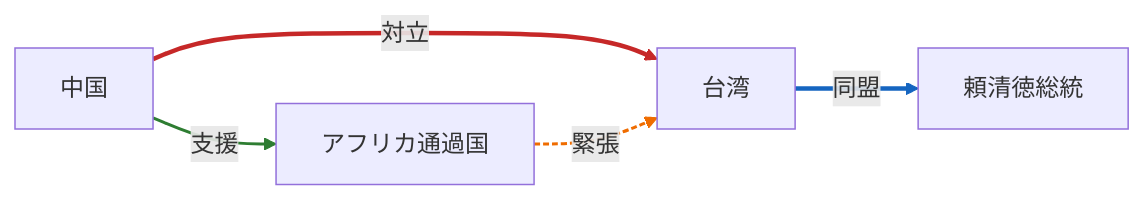
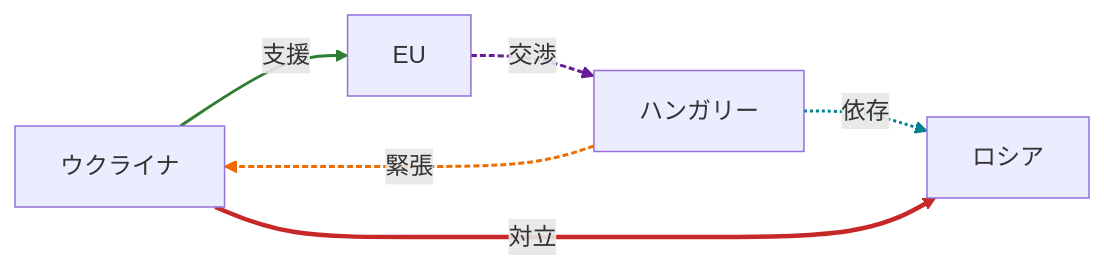
One commit to YUUUyutaro/tiseigaku changed diagram 14 of 20 in docs/reports/2026-04-23.md. Above: the diagram before and after it, drawn with Mermaid. The commit also changed other lines of this file and 3 other files, not shown here.

````diff
--- a/docs/reports/2026-04-23.md
+++ b/docs/reports/2026-04-23.md
@@ -282,15 +269,17 @@
 ```mermaid
 graph LR
-  N0["中国"]
-  N1["台湾"]
-  N2["頼清徳総統"]
-  N3["アフリカ通過国"]
-  N0 -->|対立| N1
-  N0 -->|支援| N3
-  N3 -->|緊張| N1
-  N1 -->|同盟| N2
-  linkStyle 0 stroke:#c62828,stroke-width:3px;
-  linkStyle 1 stroke:#2e7d32,stroke-width:2px;
+  N0["ウクライナ"]
+  N1["ハンガリー"]
+  N2["EU"]
+  N3["ロシア"]
+  N0 -->|支援| N2
+  N2 -->|交渉| N1
+  N1 -->|緊張| N0
+  N1 -->|依存| N3
+  N0 -->|対立| N3
+  linkStyle 0 stroke:#2e7d32,stroke-width:2px;
+  linkStyle 1 stroke:#6a1b9a,stroke-width:2px,stroke-dasharray:4 2;
   linkStyle 2 stroke:#ef6c00,stroke-width:2px,stroke-dasharray:4 2;
-  linkStyle 3 stroke:#1565c0,stroke-width:3px;
+  linkStyle 3 stroke:#00838f,stroke-width:2px,stroke-dasharray:2 2;
+  linkStyle 4 stroke:#c62828,stroke-width:3px;
 ```
````
